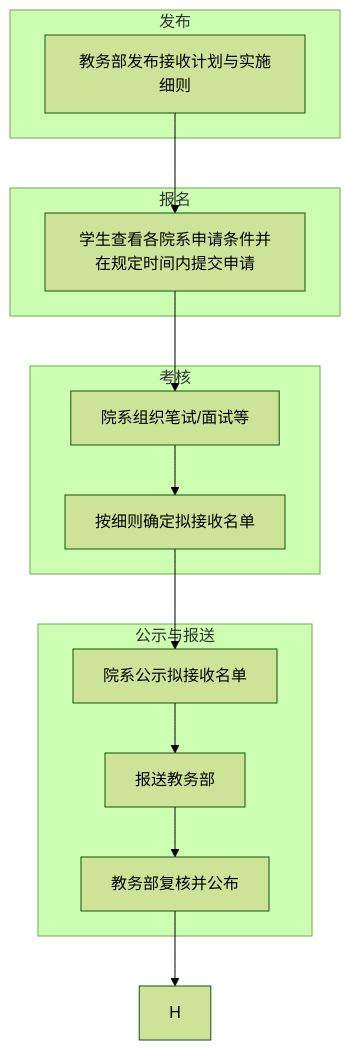
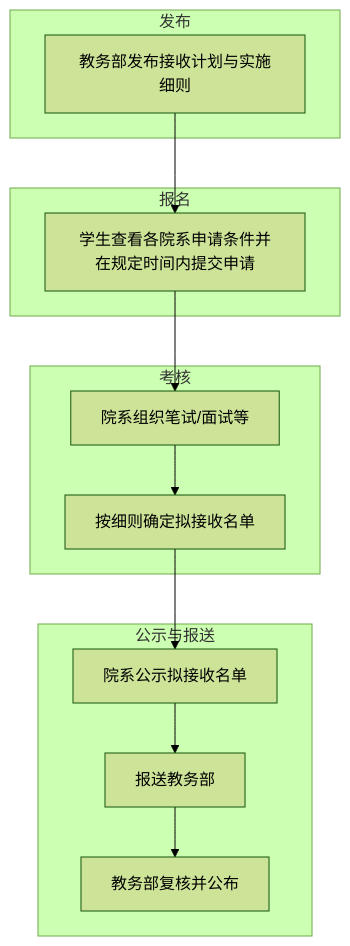
The diagram in content/5月转院系专业/转专业流程.md (humianmian1013/sysu-remajor.github.io), drawn with Mermaid (forest theme) before and after one commit. The commit also changed other lines of this file and 41 other files, not shown here.

````diff
--- a/content/5月转院系专业/转专业流程.md
+++ b/content/5月转院系专业/转专业流程.md
@@ -21,25 +17,24 @@
 ```mermaid
 flowchart TD
   subgraph release [发布]
     A[教务部发布接收计划与实施细则]
   end
   subgraph apply [报名]
     B[学生查看各院系申请条件并在规定时间内提交申请]
   end
   subgraph assess [考核]
     C[院系组织笔试/面试等]
     D[按细则确定拟接收名单]
   end
   subgraph publish [公示与报送]
     E[院系公示拟接收名单]
     F[报送教务部]
     G[教务部复核并公布]
   end
   A --> B
   B --> C
   C --> D
   D --> E
   E --> F
   F --> G
-  G --> H
 ```
````
